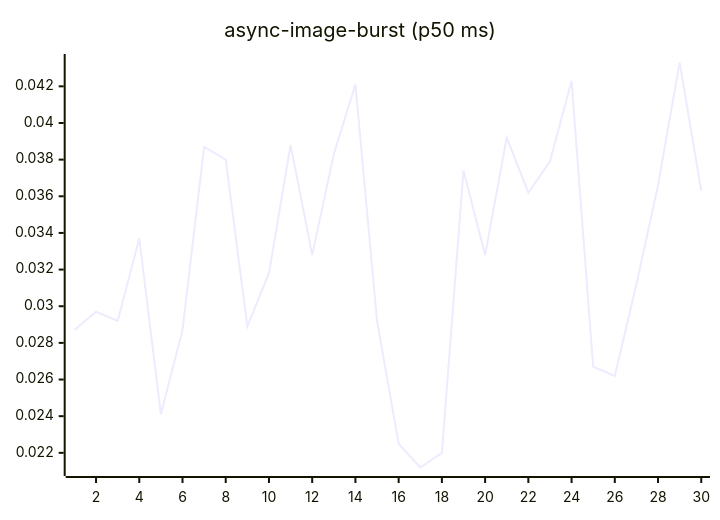
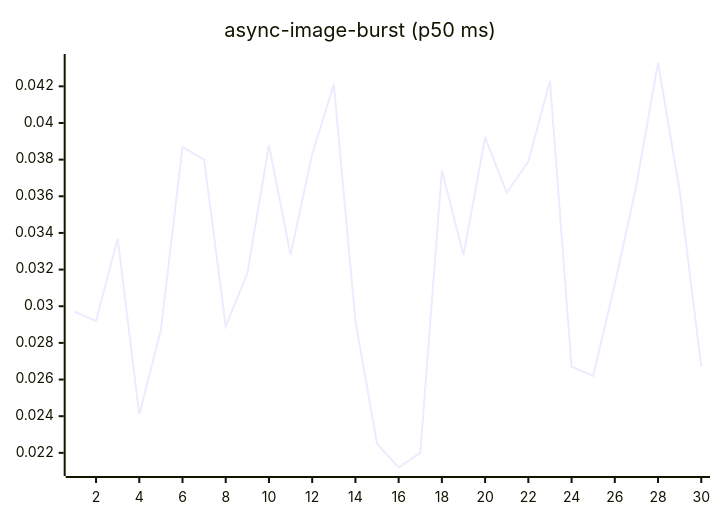
The fourth of 27 diagrams in README.md (josha/Facet), drawn with Mermaid before and after one commit. The commit also changed other lines of this file and 2 other files, not shown here.

````diff
--- a/README.md
+++ b/README.md
@@ -84,6 +84,6 @@
 ```mermaid
 xychart-beta
     title "async-image-burst (p50 ms)"
     x-axis 1 --> 30
-    line [0.0287, 0.0297, 0.0292, 0.0337, 0.0241, 0.0287, 0.0387, 0.0380, 0.0289, 0.0318, 0.0388, 0.0328, 0.0383, 0.0421, 0.0292, 0.0225, 0.0212, 0.0220, 0.0374, 0.0328, 0.0392, 0.0362, 0.0379, 0.0423, 0.0267, 0.0262, 0.0312, 0.0366, 0.0433, 0.0363]
+    line [0.0297, 0.0292, 0.0337, 0.0241, 0.0287, 0.0387, 0.0380, 0.0289, 0.0318, 0.0388, 0.0328, 0.0383, 0.0421, 0.0292, 0.0225, 0.0212, 0.0220, 0.0374, 0.0328, 0.0392, 0.0362, 0.0379, 0.0423, 0.0267, 0.0262, 0.0312, 0.0366, 0.0433, 0.0363, 0.0267]
 ```
````
